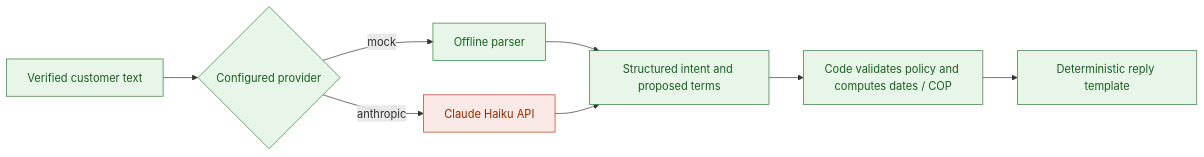
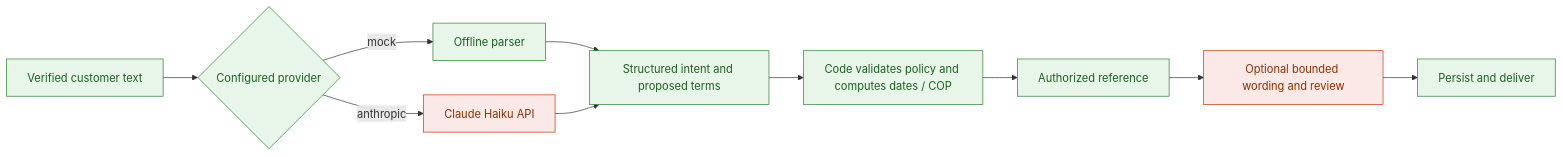
The third of 6 diagrams in docs/ARCHITECTURE.md (sergiomorapardo/AgenticDebtCollection), drawn with Mermaid before and after one commit. The commit also changed other lines of this file and 4 other files, not shown here.

Commit message:
docs: explain reply review loop and live Haiku evidence

````diff
--- a/docs/ARCHITECTURE.md
+++ b/docs/ARCHITECTURE.md
@@ -63,14 +72,17 @@
 ```mermaid
 flowchart LR
     T[Verified customer text] --> P{Configured provider}
     P -->|mock| M[Offline parser]
     P -->|anthropic| H[Claude Haiku API]
     M --> I[Structured intent and proposed terms]
     H --> I
     I --> C[Code validates policy and computes dates / COP]
-    C --> R[Deterministic reply template]
+    C --> R[Authorized reference]
+    R --> W[Optional bounded wording and review]
+    W --> F[Persist and deliver]
     classDef local fill:#e8f5e9,stroke:#2e7d32,color:#1b5e20
     classDef paid fill:#fbe9e7,stroke:#bf360c,color:#873000
-    class T,P,M,I,C,R local
+    class T,P,M,I,C,R,F local
+    class W paid
     class H paid
 ```
````
